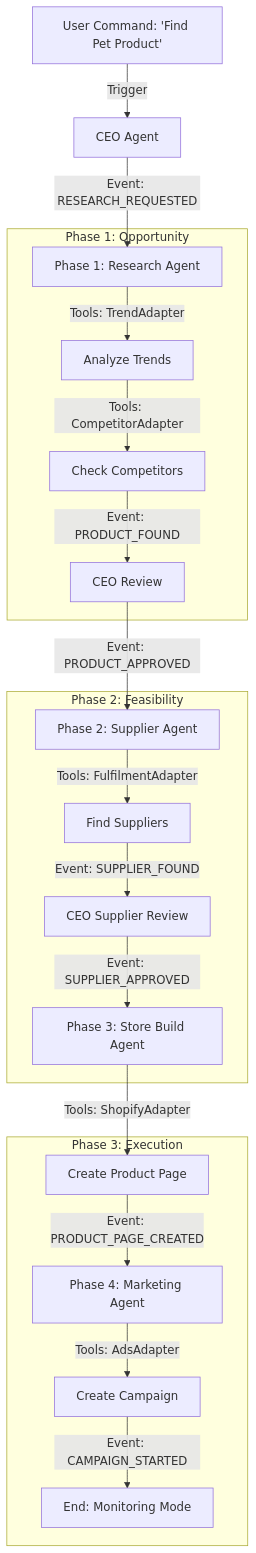
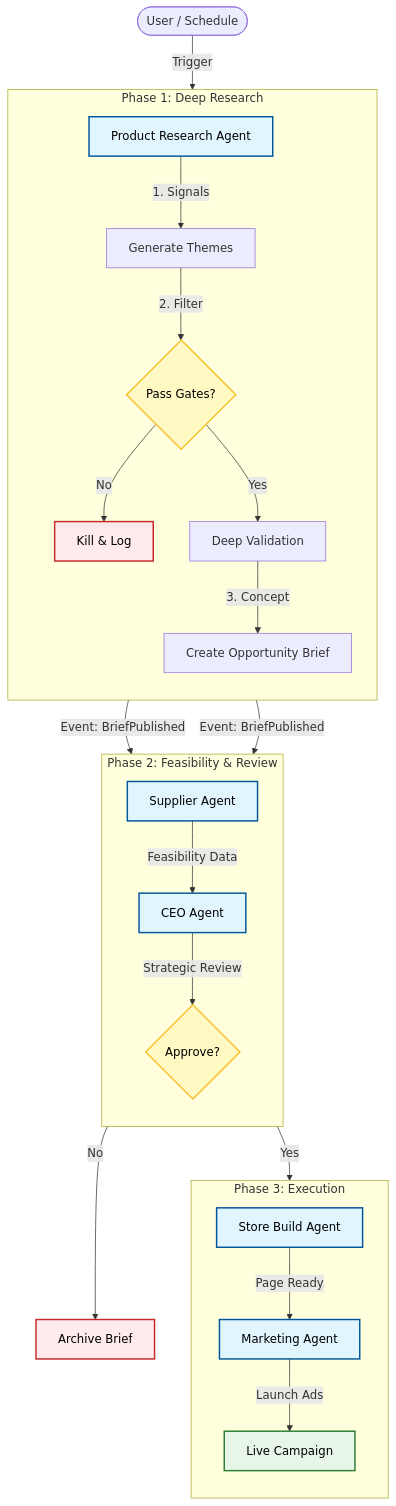
One commit to andylelli/ds1 changed the diagram in Documentation/Workflows/01_GROWTH.md. Above: the diagram before and after it, drawn with Mermaid. The commit also changed other lines of this file and 23 other files, not shown here.

````diff
--- a/Documentation/Workflows/01_GROWTH.md
+++ b/Documentation/Workflows/01_GROWTH.md
@@ -11,25 +11,64 @@
 ```mermaid
-graph TD
-    User[User Command: 'Find Pet Product'] -->|Trigger| CEO[CEO Agent]
-    CEO -->|Event: RESEARCH_REQUESTED| Research[Phase 1: Research Agent]
+flowchart TD
+    %% Nodes
+    User([User / Schedule])
     
-    subgraph "Phase 1: Opportunity"
-        Research -->|Tools: TrendAdapter| Trends[Analyze Trends]
-        Trends -->|Tools: CompetitorAdapter| Competitor[Check Competitors]
-        Competitor -->|Event: PRODUCT_FOUND| CEO_Review[CEO Review]
+    %% Agents
+    PRA[Product Research Agent]
+    Supplier[Supplier Agent]
+    CEO[CEO Agent]
+    Store[Store Build Agent]
+    Marketing[Marketing Agent]
+
+    %% Actions/States
+    Themes[Generate Themes]
+    Validate[Deep Validation]
+    Brief[Create Opportunity Brief]
+    Kill[Kill & Log]
+    Archive[Archive Brief]
+    Live[Live Campaign]
+
+    %% Decisions
+    Gates{Pass Gates?}
+    Approval{Approve?}
+
+    %% Flow
+    User -->|Trigger| PRA
+    
+    subgraph P1 [Phase 1: Deep Research]
+        direction TB
+        PRA -->|1. Signals| Themes
+        Themes -->|2. Filter| Gates
+        Gates -->|No| Kill
+        Gates -->|Yes| Validate
+        Validate -->|3. Concept| Brief
     end
 
-    subgraph "Phase 2: Feasibility"
-        CEO_Review -->|Event: PRODUCT_APPROVED| Sourcing[Phase 2: Supplier Agent]
-        Sourcing -->|Tools: FulfilmentAdapter| FindSup[Find Suppliers]
-        FindSup -->|Event: SUPPLIER_FOUND| CEO_Sup_Review[CEO Supplier Review]
-        CEO_Sup_Review -->|Event: SUPPLIER_APPROVED| Builder[Phase 3: Store Build Agent]
+    subgraph P2 [Phase 2: Feasibility & Review]
+        direction TB
+        Brief -->|Event: BriefPublished| Supplier
+        Brief -->|Event: BriefPublished| CEO
+        Supplier -->|Feasibility Data| CEO
+        CEO -->|Strategic Review| Approval
     end
 
-    subgraph "Phase 3: Execution"
-        Builder -->|Tools: ShopifyAdapter| Store[Create Product Page]
-        Store -->|Event: PRODUCT_PAGE_CREATED| Marketer[Phase 4: Marketing Agent]
-        Marketer -->|Tools: AdsAdapter| Ads[Create Campaign]
-        Ads -->|Event: CAMPAIGN_STARTED| Monitor[End: Monitoring Mode]
+    subgraph P3 [Phase 3: Execution]
+        direction TB
+        Approval -->|Yes| Store
+        Store -->|Page Ready| Marketing
+        Marketing -->|Launch Ads| Live
     end
+
+    Approval -->|No| Archive
+
+    %% Styling
+    classDef agent fill:#e1f5fe,stroke:#01579b,stroke-width:2px,color:black;
+    classDef decision fill:#fff9c4,stroke:#fbc02d,stroke-width:2px,color:black;
+    classDef success fill:#e8f5e9,stroke:#2e7d32,stroke-width:2px,color:black;
+    classDef fail fill:#ffebee,stroke:#c62828,stroke-width:2px,color:black;
+
+    class PRA,Supplier,CEO,Store,Marketing agent;
+    class Gates,Approval decision;
+    class Live success;
+    class Kill,Archive fail;
 ```
````
